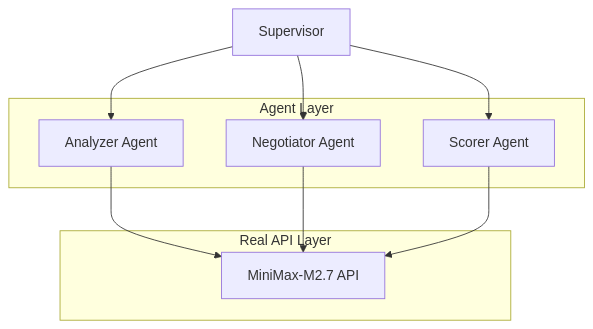
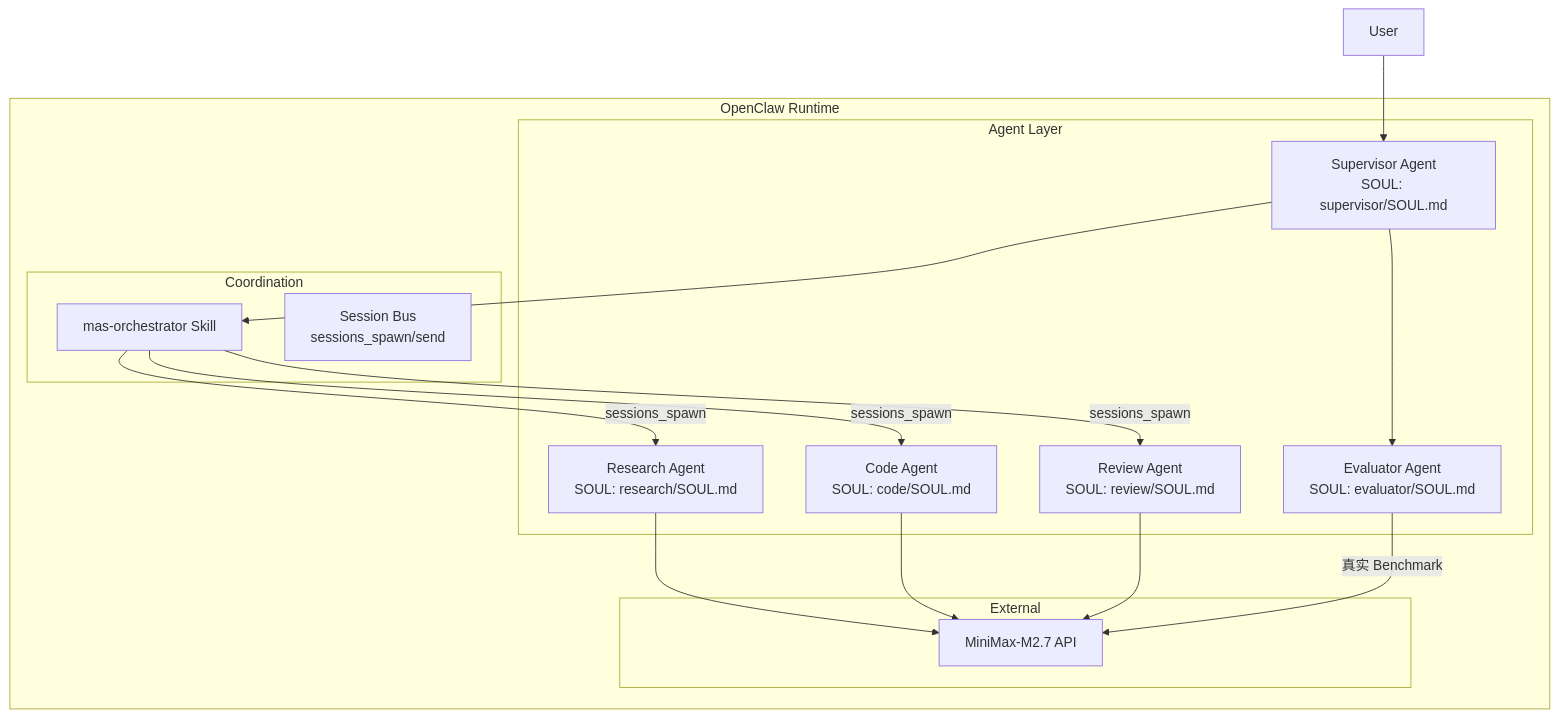
The diagram in README.md (xiangbianpangde/mas-evolution-test), drawn with Mermaid before and after one commit. The commit also changed other lines of this file, not shown here.

Commit message:
[v5.0] Update README - OpenClaw Native MAS Architecture

````diff
--- a/README.md
+++ b/README.md
@@ -32,15 +22,32 @@
 ```mermaid
 graph TB
-    subgraph "Real API Layer"
-        LLM[MiniMax-M2.7 API]
+    subgraph "OpenClaw Runtime"
+        subgraph "Agent Layer"
+            SUP[Supervisor Agent<br/>SOUL: supervisor/SOUL.md]
+            RES[Research Agent<br/>SOUL: research/SOUL.md]
+            COD[Code Agent<br/>SOUL: code/SOUL.md]
+            REV[Review Agent<br/>SOUL: review/SOUL.md]
+            EVAL[Evaluator Agent<br/>SOUL: evaluator/SOUL.md]
+        end
+        
+        subgraph "Coordination"
+            SKILL[mas-orchestrator Skill]
+            SES[Session Bus<br/>sessions_spawn/send]
+        end
+        
+        subgraph "External"
+            API[MiniMax-M2.7 API]
+        end
     end
-    subgraph "Agent Layer"
-        A[Analyzer Agent]
-        N[Negotiator Agent]
-        S[Scorer Agent]
-    end
-    SUP[Supervisor]
-    SUP --> A --> LLM
-    SUP --> N --> LLM
-    SUP --> S --> LLM
+    
+    User --> SUP
+    SUP --> SKILL
+    SKILL -->|sessions_spawn| RES
+    SKILL -->|sessions_spawn| COD
+    SKILL -->|sessions_spawn| REV
+    RES --> API
+    COD --> API
+    REV --> API
+    SUP --> EVAL
+    EVAL -->|真实 Benchmark| API
 ```
````
